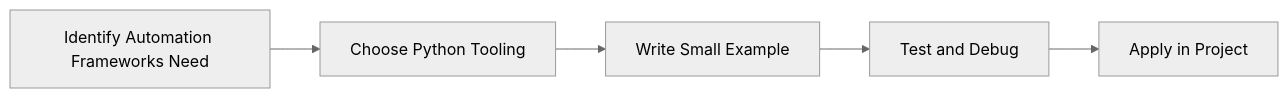
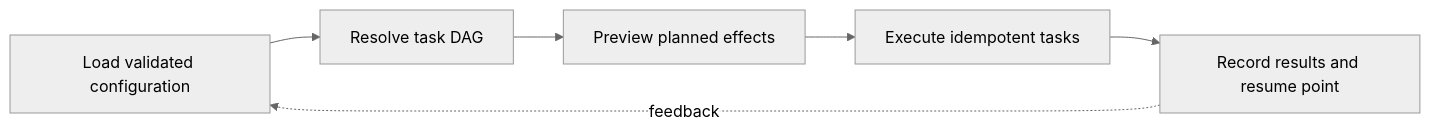
One commit to SYMOIZ/E-Learning-Portal changed the diagram in Python-Mastery/Advanced/17-automation-frameworks.md. Above: the diagram before and after it, drawn with Mermaid (neutral theme). The commit also changed other lines of this file and 116 other files, not shown here.

````diff
--- a/Python-Mastery/Advanced/17-automation-frameworks.md
+++ b/Python-Mastery/Advanced/17-automation-frameworks.md
@@ -131,7 +172,8 @@
 ```mermaid
 flowchart LR
-    A[Identify Automation Frameworks Need] --> B[Choose Python Tooling]
-    B --> C[Write Small Example]
-    C --> D[Test and Debug]
-    D --> E[Apply in Project]
+    A[Load validated configuration] --> B[Resolve task DAG]
+    B --> C[Preview planned effects]
+    C --> D[Execute idempotent tasks]
+    D --> E[Record results and resume point]
+    E -. feedback .-> A
 ```
````
